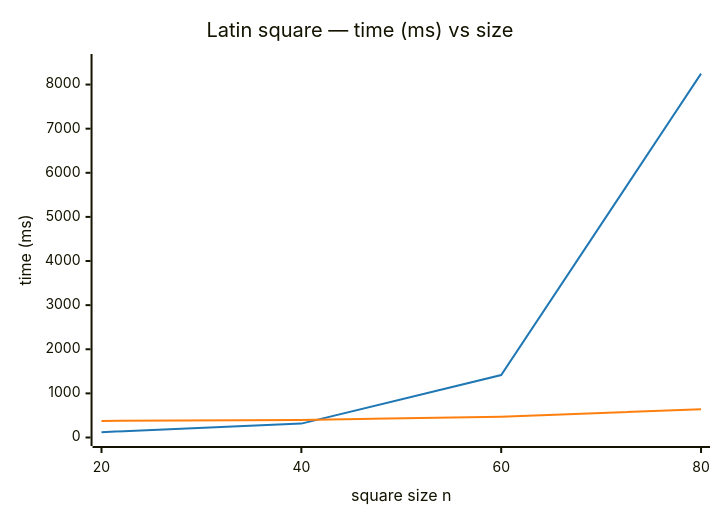
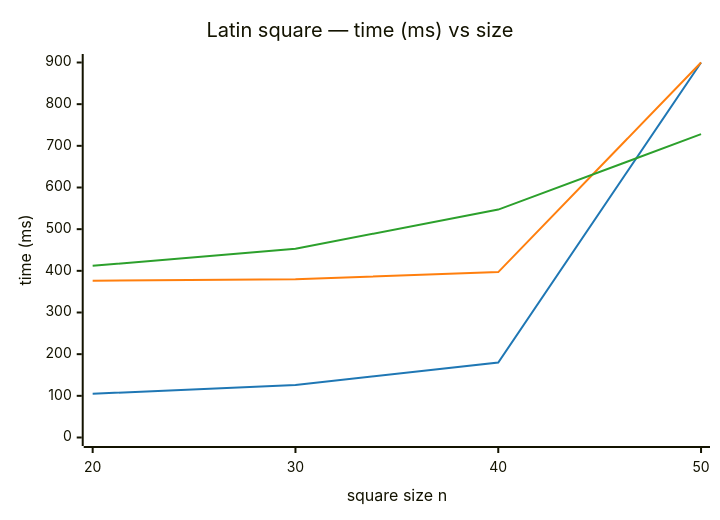
One commit to yangeorget/nucs changed the third of 5 diagrams in articles/NuCS vs Choco/nucs-vs-choco.md. Above: the diagram before and after it, drawn with Mermaid. The commit also changed other lines of this file and 1 other file, not shown here.

````diff
--- a/articles/NuCS vs Choco/nucs-vs-choco.md
+++ b/articles/NuCS vs Choco/nucs-vs-choco.md
@@ -214,9 +225,10 @@
 ```mermaid
-%%{init: {"themeVariables": {"xyChart": {"plotColorPalette": "#1f77b4, #ff7f0e"}}}}%%
+%%{init: {"themeVariables": {"xyChart": {"plotColorPalette": "#1f77b4, #ff7f0e, #2ca02c"}}}}%%
 xychart-beta
     title "Latin square — time (ms) vs size"
-x-axis "square size n" [20, 40, 60, 80]
-y-axis "time (ms)" 0 --> 8500
-line [121, 315, 1415, 8247]
-line [376, 398, 473, 638]
+    x-axis "square size n" [20, 30, 40, 50]
+    y-axis "time (ms)" 0 --> 900
+    line [105, 126, 180, 900]
+    line [376, 380, 397, 900]
+    line [412, 453, 547, 728]
 ```
````
